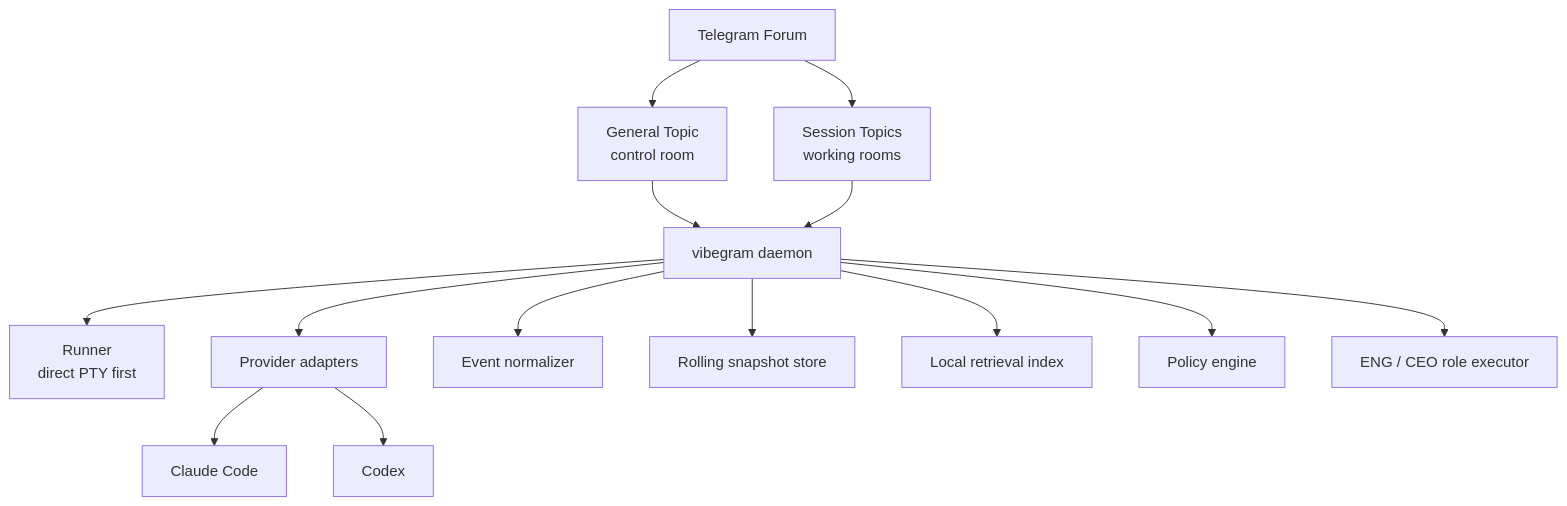
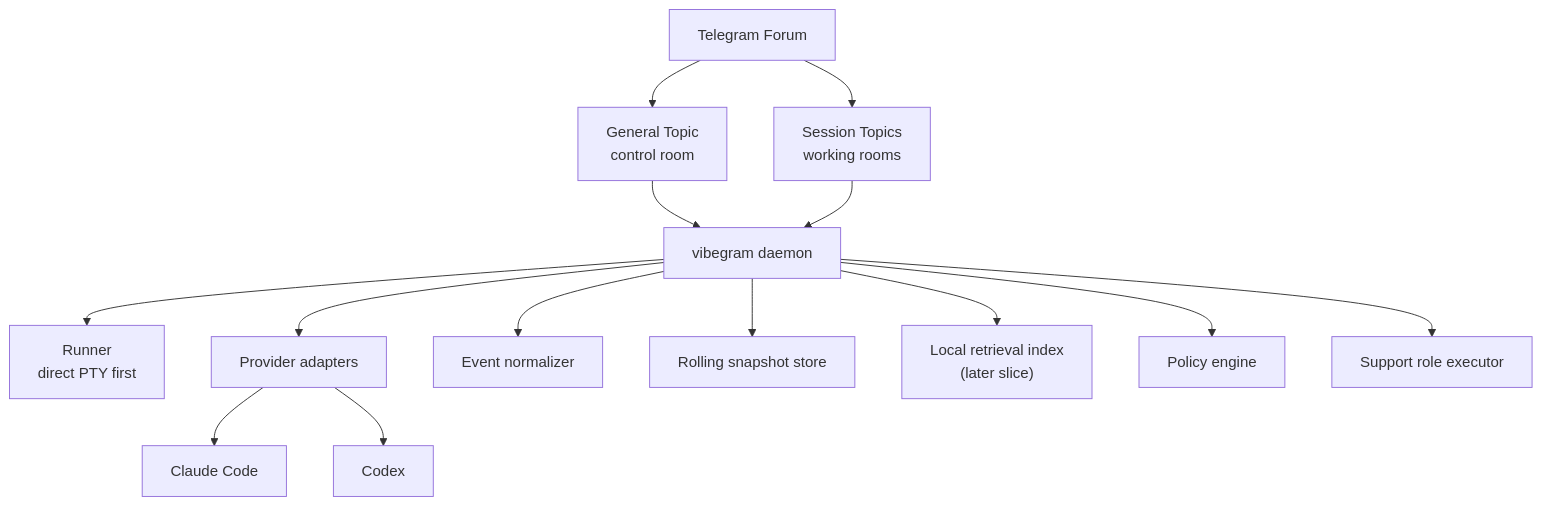
The first of 10 diagrams in docs/diagrams.md (canhta/vibegram), drawn with Mermaid before and after one commit. The commit also changed other lines of this file and 20 other files, not shown here.

````diff
--- a/docs/diagrams.md
+++ b/docs/diagrams.md
@@ -15,35 +15,35 @@
 ```mermaid
 flowchart TD
     TG["Telegram Forum"]
     GT["General Topic<br/>control room"]
     ST["Session Topics<br/>working rooms"]
 
     DAEMON["vibegram daemon"]
     RUNNER["Runner<br/>direct PTY first"]
     ADAPTERS["Provider adapters"]
     EVENTS["Event normalizer"]
     SNAPSHOT["Rolling snapshot store"]
-    RETRIEVAL["Local retrieval index"]
+    RETRIEVAL["Local retrieval index<br/>(later slice)"]
     POLICY["Policy engine"]
-    ROLES["ENG / CEO role executor"]
+    ROLES["Support role executor"]
 
     CLAUDE["Claude Code"]
     CODEX["Codex"]
 
     TG --> GT
     TG --> ST
 
     GT --> DAEMON
     ST --> DAEMON
 
     DAEMON --> RUNNER
     DAEMON --> ADAPTERS
     DAEMON --> EVENTS
     DAEMON --> SNAPSHOT
     DAEMON --> RETRIEVAL
     DAEMON --> POLICY
     DAEMON --> ROLES
 
     ADAPTERS --> CLAUDE
     ADAPTERS --> CODEX
 ```
````
